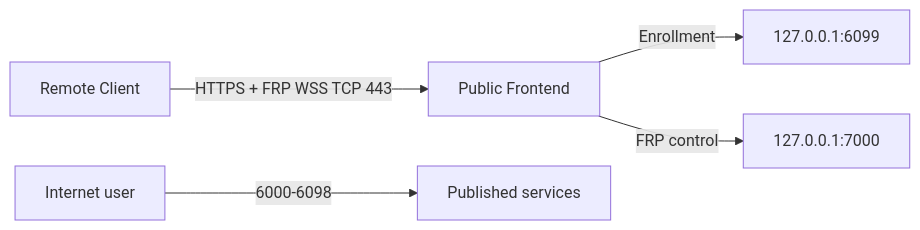
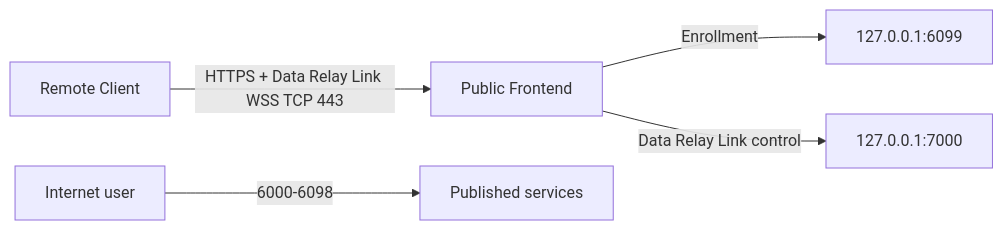
Before and after one commit to datarelay-labs/data-relay-link-docs: the third of 3 diagrams in ko/deployment/modes.mdx, drawn with Mermaid. The commit also changed other lines of this file and 32 other files, not shown here.

````diff
--- a/ko/deployment/modes.mdx
+++ b/ko/deployment/modes.mdx
@@ -46,7 +46,7 @@
 ```mermaid
 flowchart LR
-    C[Remote Client] -->|HTTPS + FRP WSS TCP 443| FE[Public Frontend]
+    C[Remote Client] -->|HTTPS + Data Relay Link WSS TCP 443| FE[Public Frontend]
     FE -->|Enrollment| A[127.0.0.1:6099]
-    FE -->|FRP control| F[127.0.0.1:7000]
+    FE -->|Data Relay Link control| F[127.0.0.1:7000]
     U[Internet user] -->|6000-6098| P[Published services]
 ```
````
